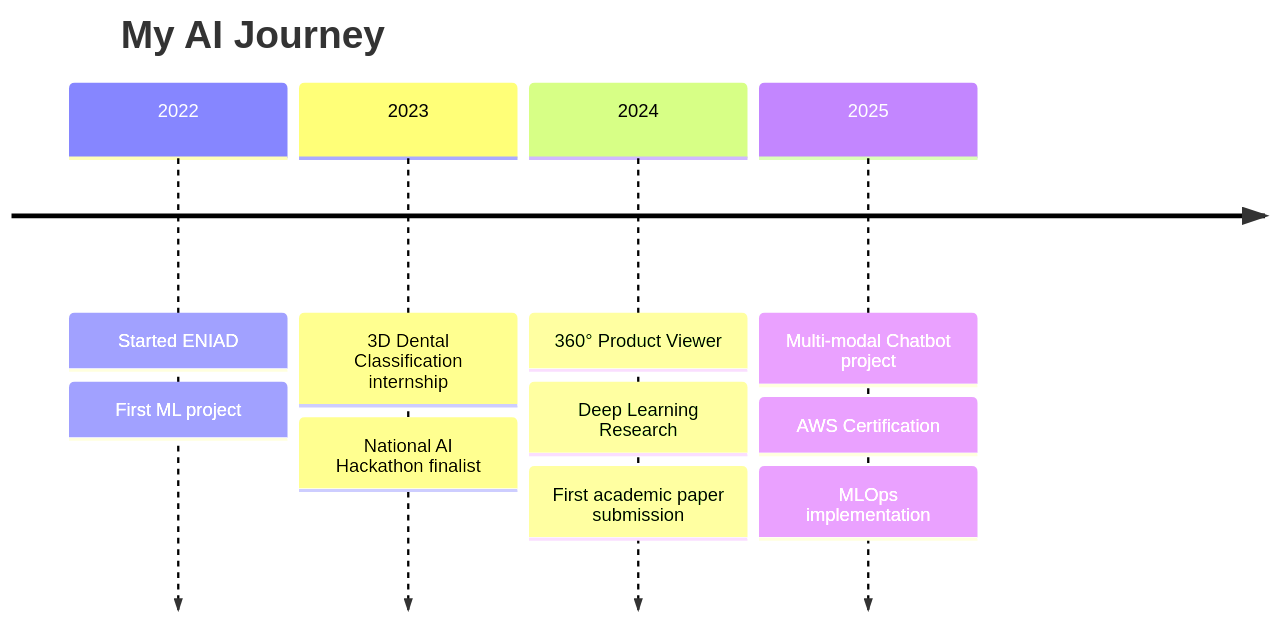
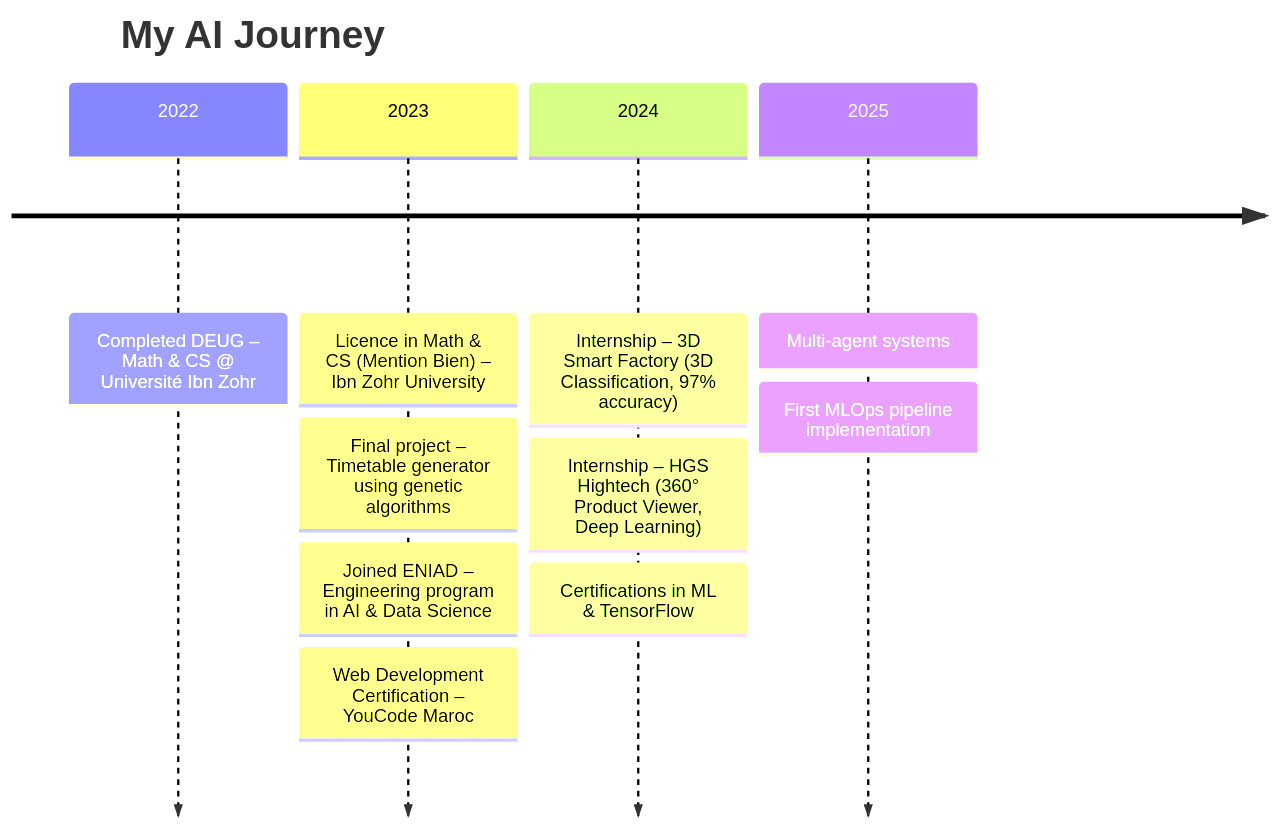
Before and after one commit to ennajari/ennajari: the second of 8 diagrams in README.md, drawn with Mermaid. The commit also changed other lines of this file, not shown here.

````diff
--- a/README.md
+++ b/README.md
@@ -120,14 +120,14 @@
   ```mermaid
-  timeline
-    title My AI Journey
-    2022 : Started ENIAD
-         : First ML project
-    2023 : 3D Dental Classification internship
-         : National AI Hackathon finalist
-    2024 : 360° Product Viewer
-         : Deep Learning Research
-         : First academic paper submission
-    2025 : Multi-modal Chatbot project
-         : AWS Certification
-         : MLOps implementation
+timeline
+  title My AI Journey
+  2022 : Completed DEUG – Math & CS @ Université Ibn Zohr
+  2023 : Licence in Math & CS (Mention Bien) – Ibn Zohr University
+       : Final project – Timetable generator using genetic algorithms
+       : Joined ENIAD – Engineering program in AI & Data Science
+       : Web Development Certification – YouCode Maroc
+  2024 : Internship – 3D Smart Factory (3D Classification, 97% accuracy)
+       : Internship – HGS Hightech (360° Product Viewer, Deep Learning)
+       : Certifications in ML & TensorFlow
+  2025 : Multi-agent systems
+       : First MLOps pipeline implementation
   ```
````
